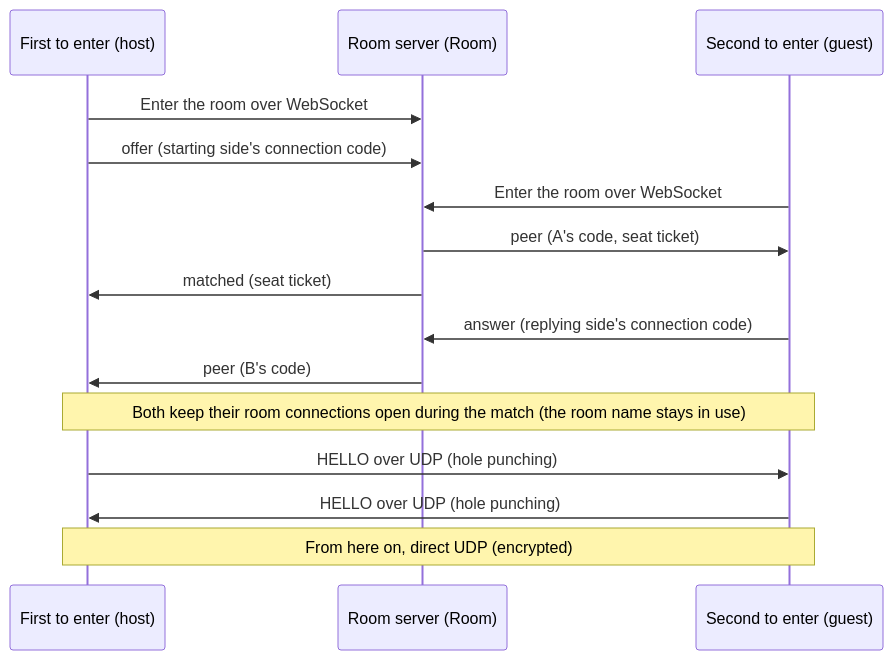
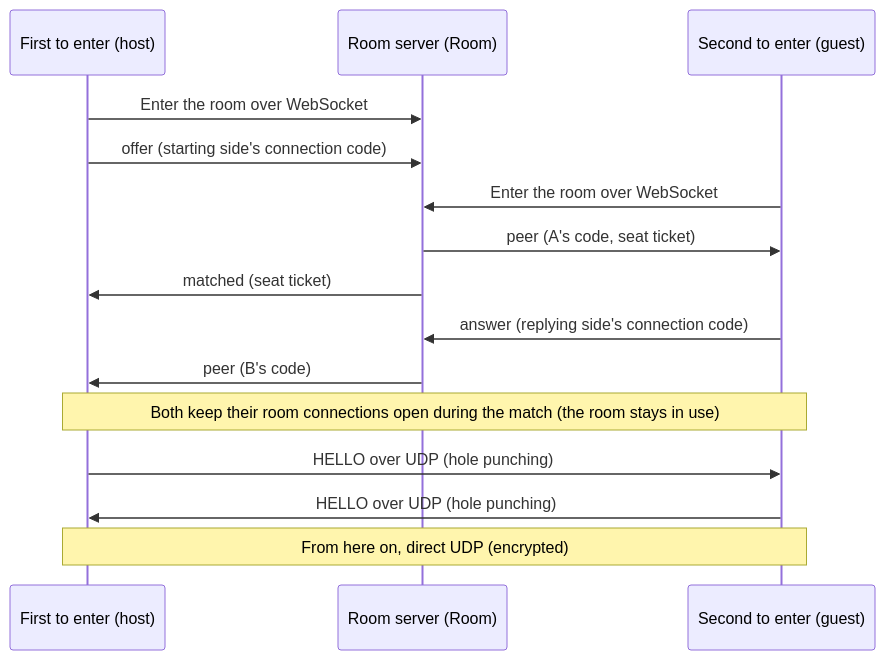
One commit to Mako-th/HiganRTool changed the second of 2 diagrams in TECHNICAL.en.md. Above: the diagram before and after it, drawn with Mermaid. The commit also changed other lines of this file and 99 other files, not shown here.

````diff
--- a/TECHNICAL.en.md
+++ b/TECHNICAL.en.md
@@ -508,17 +510,17 @@
 ```mermaid
 sequenceDiagram
   participant A as First to enter (host)
   participant S as Room server (Room)
   participant B as Second to enter (guest)
   A->>S: Enter the room over WebSocket
   A->>S: offer (starting side's connection code)
   B->>S: Enter the room over WebSocket
   S->>B: peer (A's code, seat ticket)
   S->>A: matched (seat ticket)
   B->>S: answer (replying side's connection code)
   S->>A: peer (B's code)
-  Note over A,B: Both keep their room connections open during the match (the room name stays in use)
+  Note over A,B: Both keep their room connections open during the match (the room stays in use)
   A->>B: HELLO over UDP (hole punching)
   B->>A: HELLO over UDP (hole punching)
   Note over A,B: From here on, direct UDP (encrypted)
 ```
````
